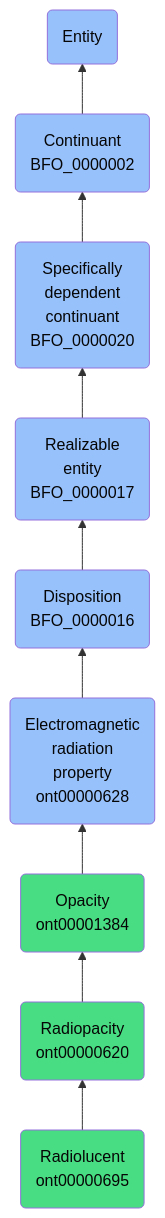
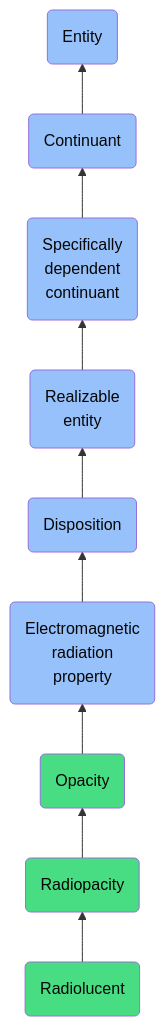
One commit to jupyter-naas/abi changed the diagram in docs/ontology/reference/model/Entity/Continuant/Specifically dependent continuant/Realizable entity/Disposition/Electromagnetic radiation property/Opacity/Radiopacity/Radiolucent/Radiolucent.md. Above: the diagram before and after it, drawn with Mermaid. The commit also changed other lines of this file and 1430 other files, not shown here.

````diff
--- a/docs/ontology/reference/model/Entity/Continuant/Specifically dependent continuant/Realizable entity/Disposition/Electromagnetic radiation property/Opacity/Radiopacity/Radiolucent/Radiolucent.md
+++ b/docs/ontology/reference/model/Entity/Continuant/Specifically dependent continuant/Realizable entity/Disposition/Electromagnetic radiation property/Opacity/Radiopacity/Radiolucent/Radiolucent.md
@@ -25,16 +25,16 @@
 ```mermaid
 graph BT
-    ont00000695(Radiolucent<br>ont00000695):::ABI-->ont00000620
-    ont00000620(Radiopacity<br>ont00000620):::ABI-->ont00001384
-    ont00001384(Opacity<br>ont00001384):::ABI-->ont00000628
-    ont00000628(Electromagnetic<br>radiation<br>property<br>ont00000628):::BFO-->BFO_0000016
-    BFO_0000016(Disposition<br>BFO_0000016):::BFO-->BFO_0000017
-    BFO_0000017(Realizable<br>entity<br>BFO_0000017):::BFO-->BFO_0000020
-    BFO_0000020(Specifically<br>dependent<br>continuant<br>BFO_0000020):::BFO-->BFO_0000002
-    BFO_0000002(Continuant<br>BFO_0000002):::BFO-->BFO_0000001
+    ont00000695(Radiolucent):::ABI-->ont00000620
+    ont00000620(Radiopacity):::ABI-->ont00001384
+    ont00001384(Opacity):::ABI-->ont00000628
+    ont00000628(Electromagnetic<br>radiation<br>property):::BFO-->BFO_0000016
+    BFO_0000016(Disposition):::BFO-->BFO_0000017
+    BFO_0000017(Realizable<br>entity):::BFO-->BFO_0000020
+    BFO_0000020(Specifically<br>dependent<br>continuant):::BFO-->BFO_0000002
+    BFO_0000002(Continuant):::BFO-->BFO_0000001
     BFO_0000001(Entity):::BFO
     
     classDef BFO fill:#97c1fb,color:#060606
     classDef CCO fill:#e4c51e,color:#060606
     classDef ABI fill:#48DD82,color:#060606
 ```
````
